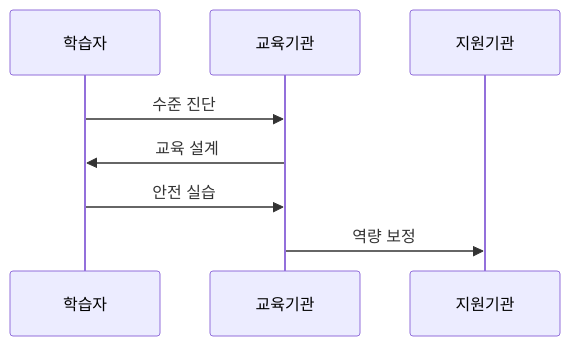
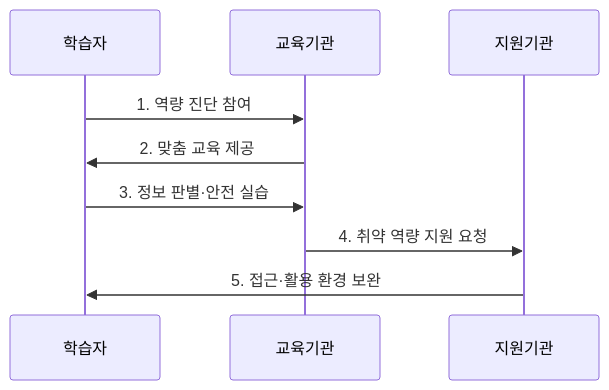
The second of 2 diagrams in src/content/docs/notes/07-law-policy/012_digital_literacy.md (agnusdei1207/knowledge-base), drawn with Mermaid before and after one commit. The commit also changed other lines of this file and 9 other files, not shown here.

````diff
--- a/src/content/docs/notes/07-law-policy/012_digital_literacy.md
+++ b/src/content/docs/notes/07-law-policy/012_digital_literacy.md
@@ -61,10 +71,11 @@
 ```mermaid
 sequenceDiagram
     participant L as 학습자
     participant E as 교육기관
     participant S as 지원기관
-    L->>E: 수준 진단
-    E->>L: 교육 설계
-    L->>E: 안전 실습
-    E->>S: 역량 보정
+    L->>E: 1. 역량 진단 참여
+    E->>L: 2. 맞춤 교육 제공
+    L->>E: 3. 정보 판별·안전 실습
+    E->>S: 4. 취약 역량 지원 요청
+    S->>L: 5. 접근·활용 환경 보완
 ```
````
